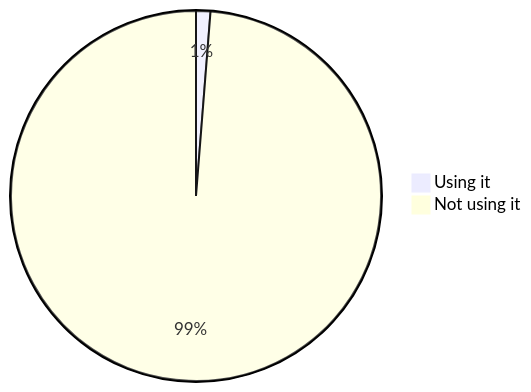
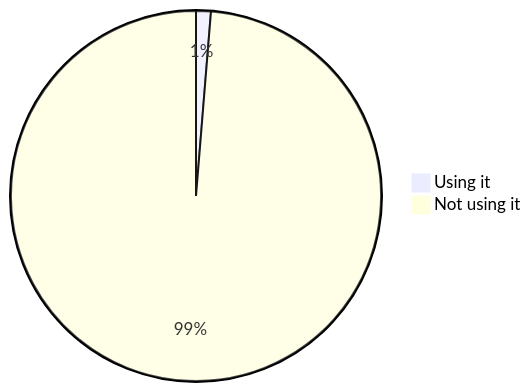
One commit to oshp/oshp-stats changed the sixth of 22 diagrams in stats.md. Above: the diagram before and after it, drawn with Mermaid. The commit also changed other lines of this file, not shown here.

````diff
--- a/stats.md
+++ b/stats.md
@@ -70,6 +70,6 @@
 ```mermaid
 pie
-	"Using it" : 1.25
-	"Not using it" : 98.75
+	"Using it" : 1.29
+	"Not using it" : 98.71
 
 ```
````
